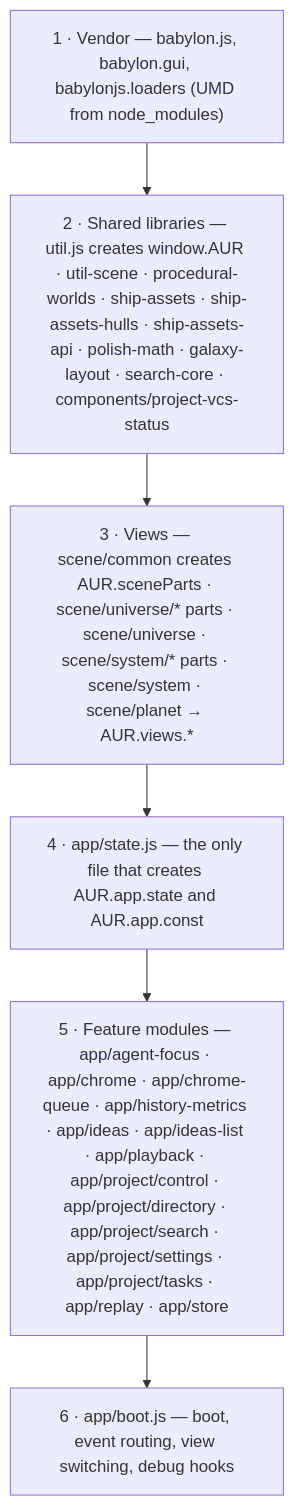
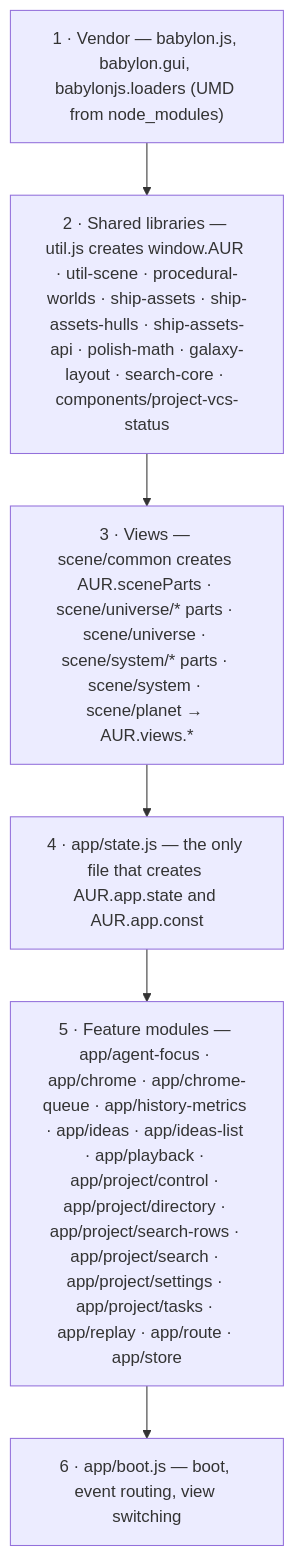
Before and after one commit to MatthewNorton/agent-orrery: the fourth of 4 diagrams in .docs/architecture.md, drawn with Mermaid. The commit also changed other lines of this file and 153 other files, not shown here.

````diff
--- a/.docs/architecture.md
+++ b/.docs/architecture.md
@@ -435,10 +440,10 @@
 ```mermaid
 flowchart TB
   V["1 · Vendor — babylon.js, babylon.gui, babylonjs.loaders (UMD from node_modules)"]
   L["2 · Shared libraries — util.js creates window.AUR · util-scene · procedural-worlds · ship-assets · ship-assets-hulls · ship-assets-api · polish-math · galaxy-layout · search-core · components/project-vcs-status"]
   S["3 · Views — scene/common creates AUR.sceneParts · scene/universe/* parts · scene/universe · scene/system/* parts · scene/system · scene/planet → AUR.views.*"]
   ST["4 · app/state.js — the only file that creates AUR.app.state and AUR.app.const"]
-  M["5 · Feature modules — app/agent-focus · app/chrome · app/chrome-queue · app/history-metrics · app/ideas · app/ideas-list · app/playback · app/project/control · app/project/directory · app/project/search · app/project/settings · app/project/tasks · app/replay · app/store"]
-  A["6 · app/boot.js — boot, event routing, view switching, debug hooks"]
+  M["5 · Feature modules — app/agent-focus · app/chrome · app/chrome-queue · app/history-metrics · app/ideas · app/ideas-list · app/playback · app/project/control · app/project/directory · app/project/search-rows · app/project/search · app/project/settings · app/project/tasks · app/replay · app/route · app/store"]
+  A["6 · app/boot.js — boot, event routing, view switching"]
   V --> L --> S --> ST --> M --> A
 ```
````
